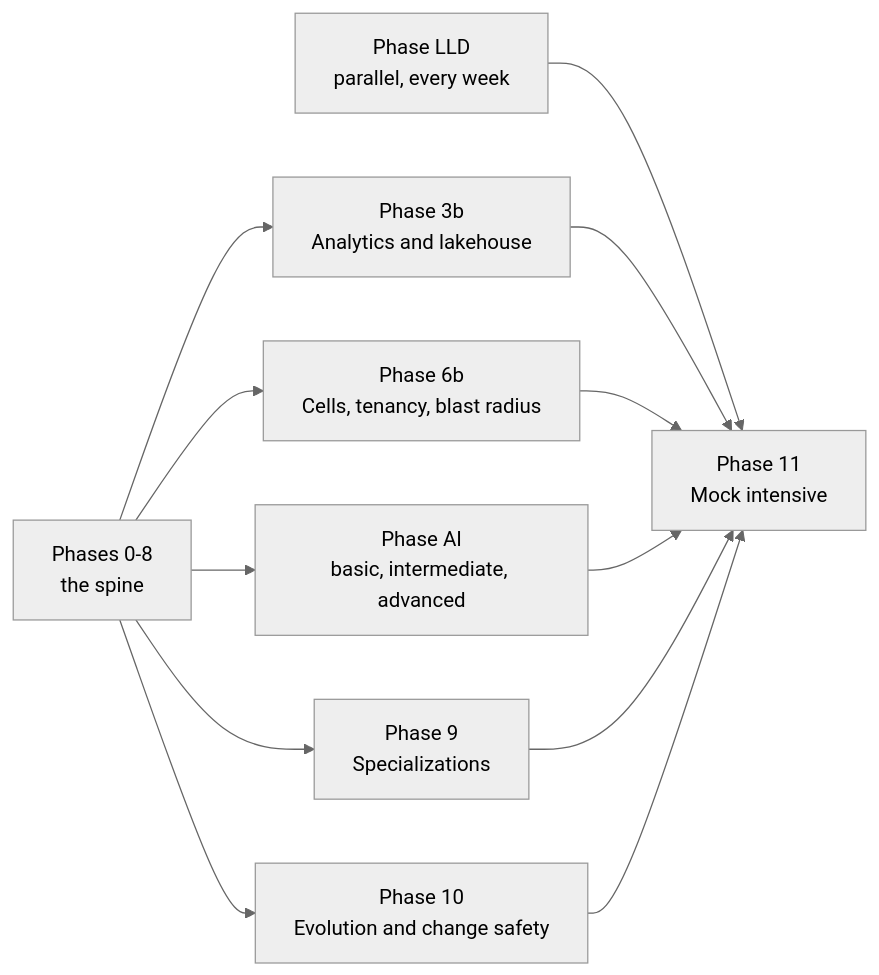
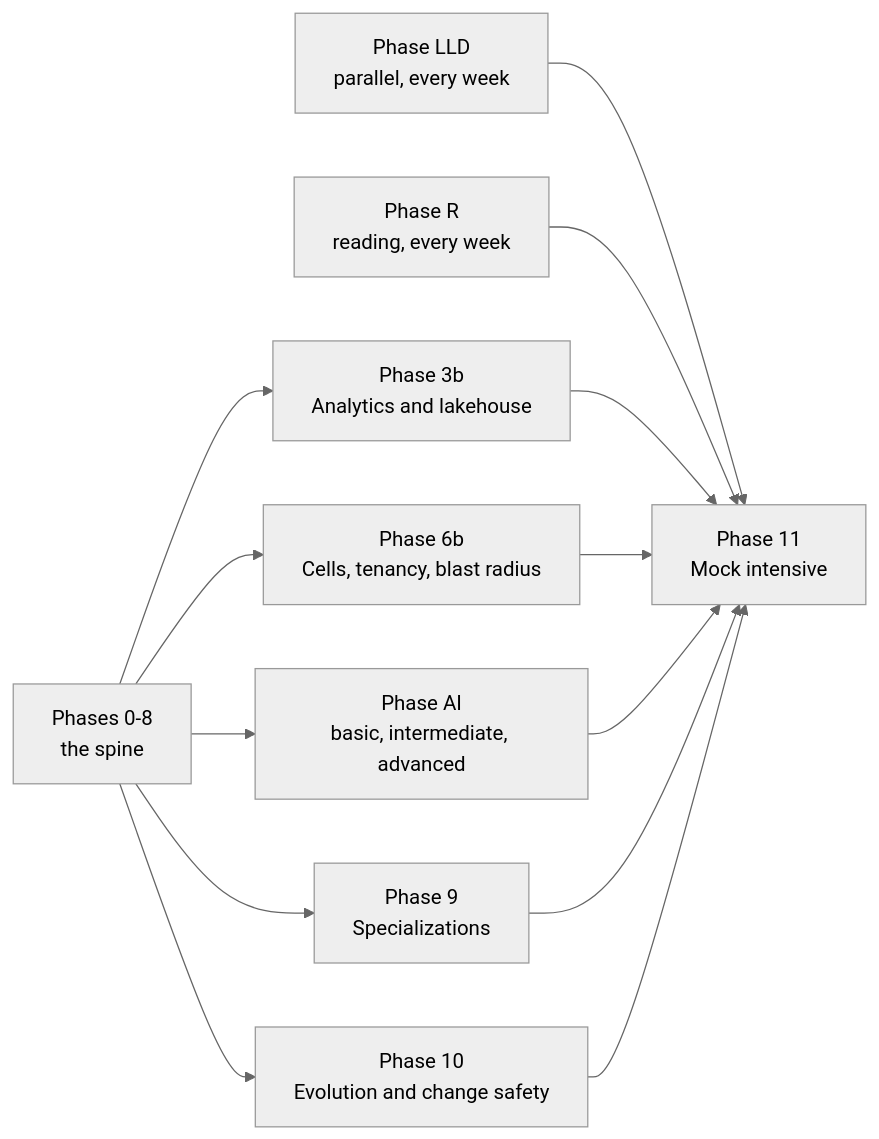
Before and after one commit to adashexplorer/DesignOdyssey: the fourth of 11 diagrams in README.md, drawn with Mermaid (neutral theme). The commit also changed other lines of this file and 1 other file, not shown here.

````diff
--- a/README.md
+++ b/README.md
@@ -435,14 +605,15 @@
 ```mermaid
 flowchart LR
     SPINE["Phases 0-8<br/>the spine"] --> P3B["Phase 3b<br/>Analytics and lakehouse"]
     SPINE --> P6B["Phase 6b<br/>Cells, tenancy, blast radius"]
     SPINE --> PAI["Phase AI<br/>basic, intermediate, advanced"]
     SPINE --> P9["Phase 9<br/>Specializations"]
     SPINE --> P10["Phase 10<br/>Evolution and change safety"]
     PLLD["Phase LLD<br/>parallel, every week"] --> P11["Phase 11<br/>Mock intensive"]
+    PR["Phase R<br/>reading, every week"] --> P11
     P3B --> P11
     P6B --> P11
     PAI --> P11
     P9 --> P11
     P10 --> P11
 ```
````
